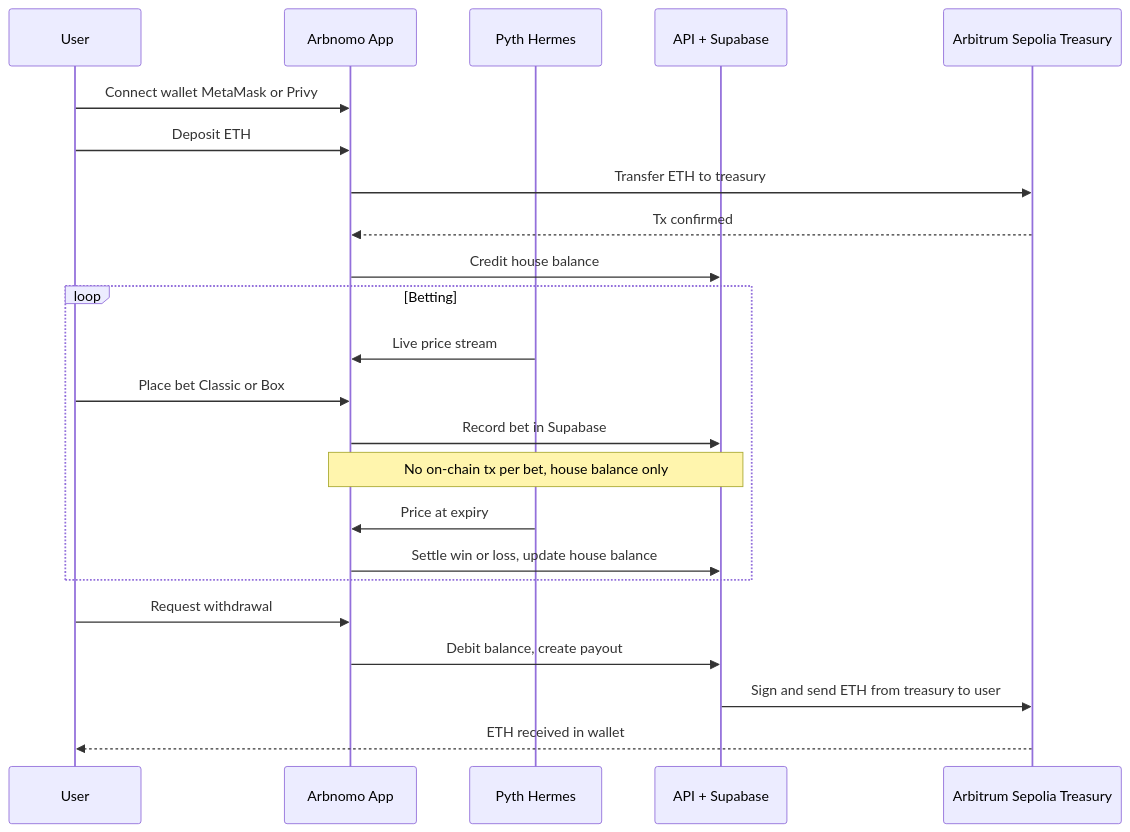
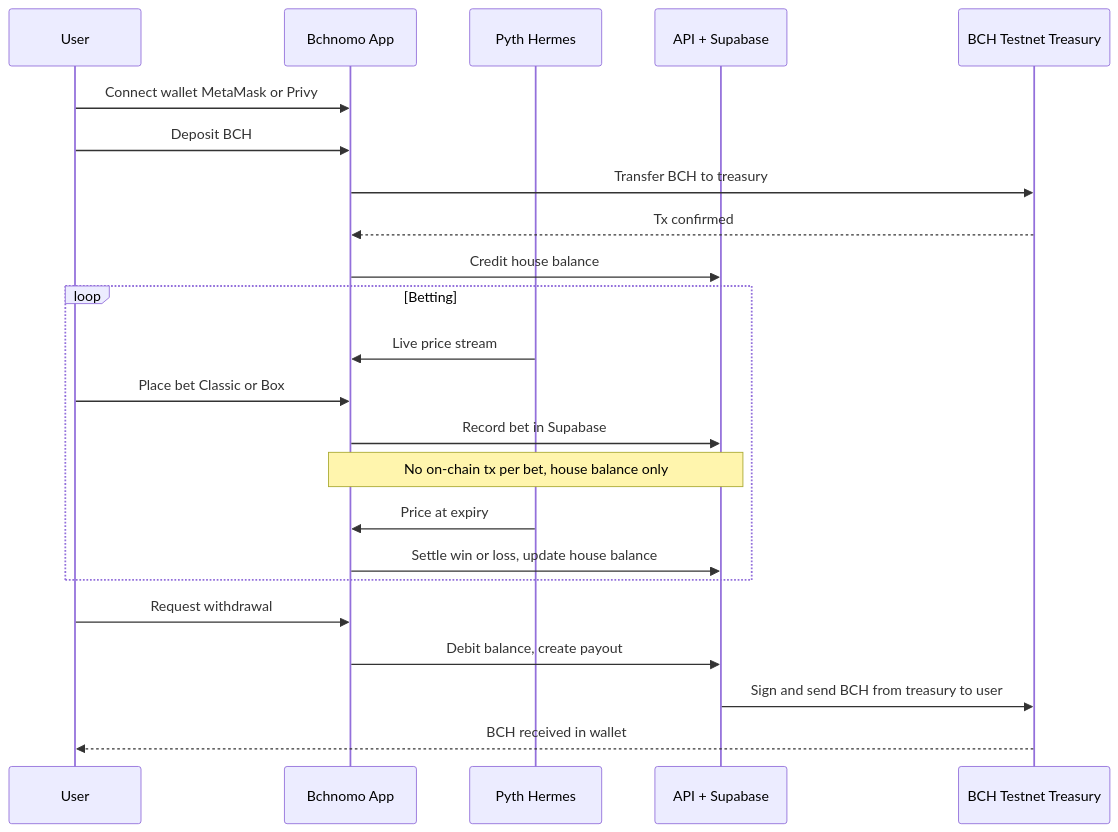
Before and after one commit to AmaanSayyad/Bchnomo: the third of 4 diagrams in README.md, drawn with Mermaid. The commit also changed other lines of this file and 52 other files, not shown here.

````diff
--- a/README.md
+++ b/README.md
@@ -149,28 +149,28 @@
 ```mermaid
 sequenceDiagram
     participant U as User
-    participant App as Arbnomo App
+    participant App as Bchnomo App
     participant P as Pyth Hermes
     participant API as API + Supabase
-    participant Arb as Arbitrum Sepolia Treasury
+    participant Arb as BCH Testnet Treasury
 
     U->>App: Connect wallet MetaMask or Privy
-    U->>App: Deposit ETH
-    App->>Arb: Transfer ETH to treasury
+    U->>App: Deposit BCH
+    App->>Arb: Transfer BCH to treasury
     Arb-->>App: Tx confirmed
     App->>API: Credit house balance
 
     loop Betting
         P->>App: Live price stream
         U->>App: Place bet Classic or Box
         App->>API: Record bet in Supabase
         Note over App,API: No on-chain tx per bet, house balance only
         P->>App: Price at expiry
         App->>API: Settle win or loss, update house balance
     end
 
     U->>App: Request withdrawal
     App->>API: Debit balance, create payout
-    API->>Arb: Sign and send ETH from treasury to user
-    Arb-->>U: ETH received in wallet
+    API->>Arb: Sign and send BCH from treasury to user
+    Arb-->>U: BCH received in wallet
 ```
````
